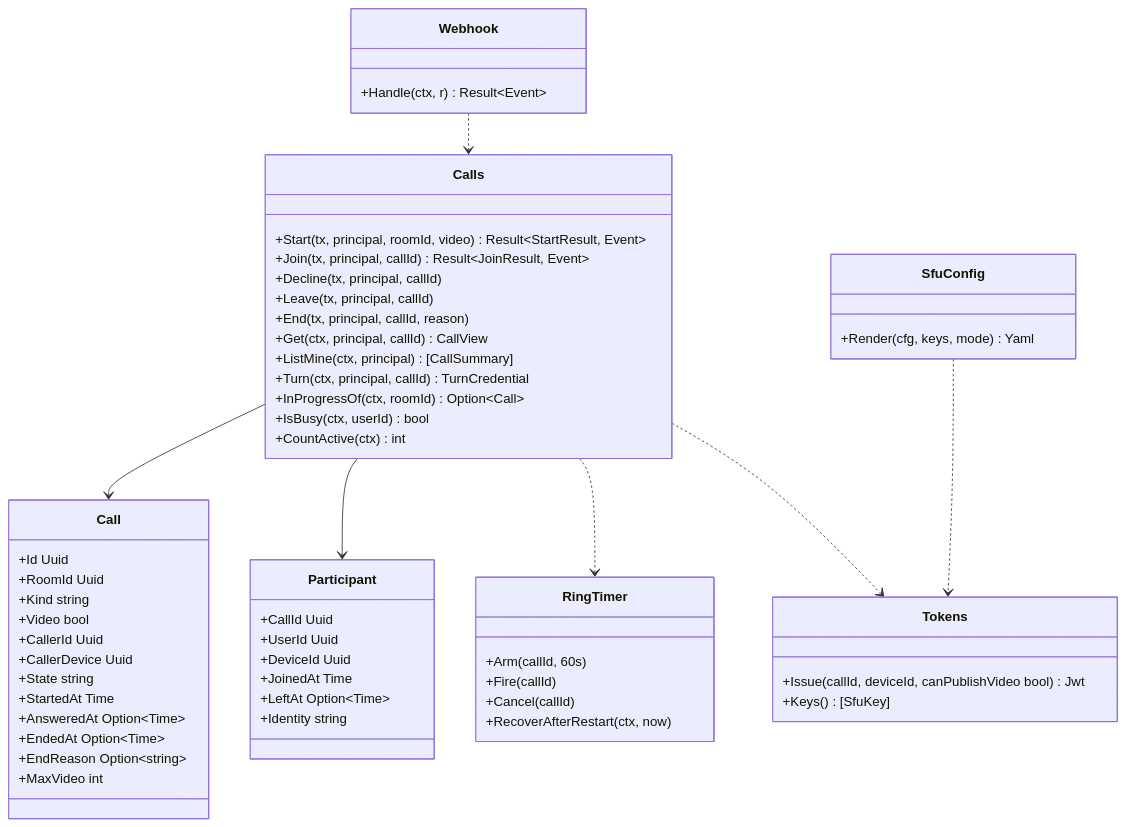
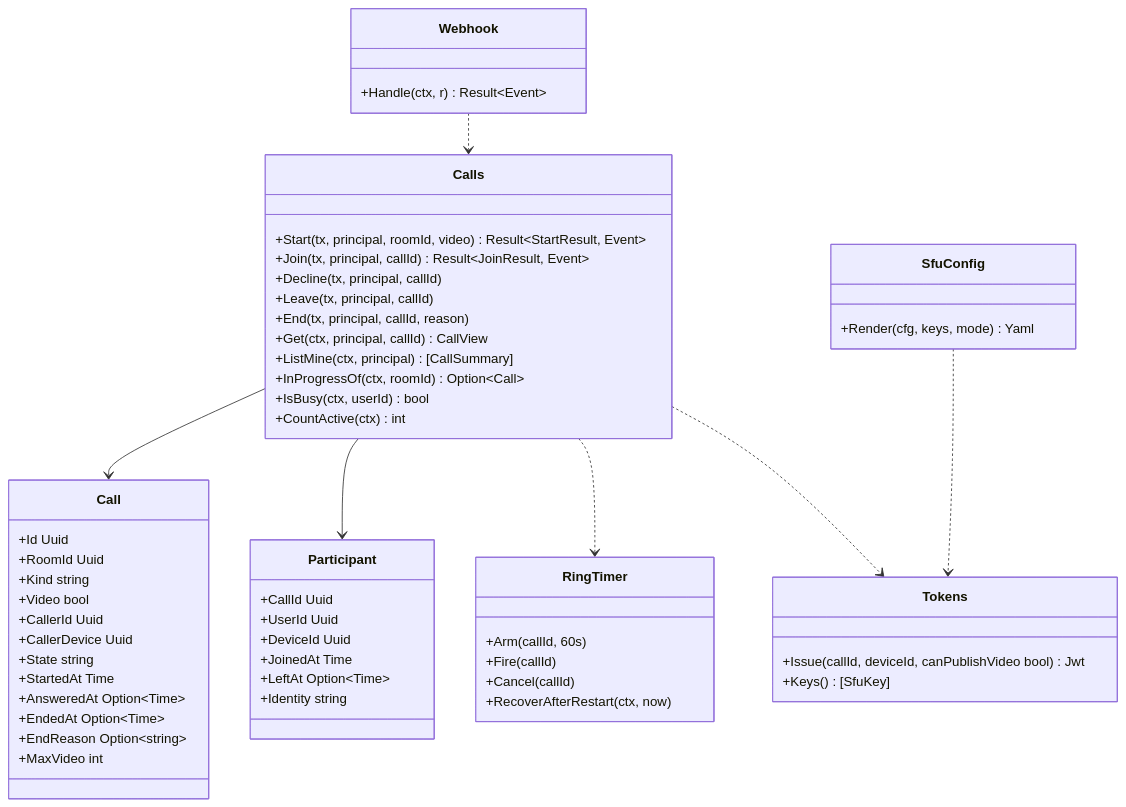
The diagram in dev/docs/jp/ブロック/srv-calls.md (nrsd-ishikawasou/family-talk-pwa), drawn with Mermaid before and after one commit. The commit also changed other lines of this file and 165 other files, not shown here.

````diff
--- a/dev/docs/jp/ブロック/srv-calls.md
+++ b/dev/docs/jp/ブロック/srv-calls.md
@@ -43,60 +43,59 @@
 ```mermaid
 classDiagram
   class Call {
     +Id Uuid
     +RoomId Uuid
     +Kind string
     +Video bool
     +CallerId Uuid
     +CallerDevice Uuid
     +State string
     +StartedAt Time
     +AnsweredAt Option~Time~
     +EndedAt Option~Time~
     +EndReason Option~string~
     +MaxVideo int
   }
   class Participant {
     +CallId Uuid
     +UserId Uuid
     +DeviceId Uuid
     +JoinedAt Time
     +LeftAt Option~Time~
     +Identity string
   }
   class Calls {
     +Start(tx, principal, roomId, video) Result~StartResult, Event~
     +Join(tx, principal, callId) Result~JoinResult, Event~
     +Decline(tx, principal, callId)
     +Leave(tx, principal, callId)
     +End(tx, principal, callId, reason)
     +Get(ctx, principal, callId) CallView
     +ListMine(ctx, principal) [CallSummary]
-    +Turn(ctx, principal, callId) TurnCredential
     +InProgressOf(ctx, roomId) Option~Call~
     +IsBusy(ctx, userId) bool
     +CountActive(ctx) int
   }
   class RingTimer {
     +Arm(callId, 60s)
     +Fire(callId)
     +Cancel(callId)
     +RecoverAfterRestart(ctx, now)
   }
   class Tokens {
     +Issue(callId, deviceId, canPublishVideo bool) Jwt
     +Keys() [SfuKey]
   }
   class Webhook {
     +Handle(ctx, r) Result~Event~
   }
   class SfuConfig {
     +Render(cfg, keys, mode) Yaml
   }
   Calls --> Call
   Calls --> Participant
   Calls ..> RingTimer
   Calls ..> Tokens
   Webhook ..> Calls
   SfuConfig ..> Tokens
 ```
````
